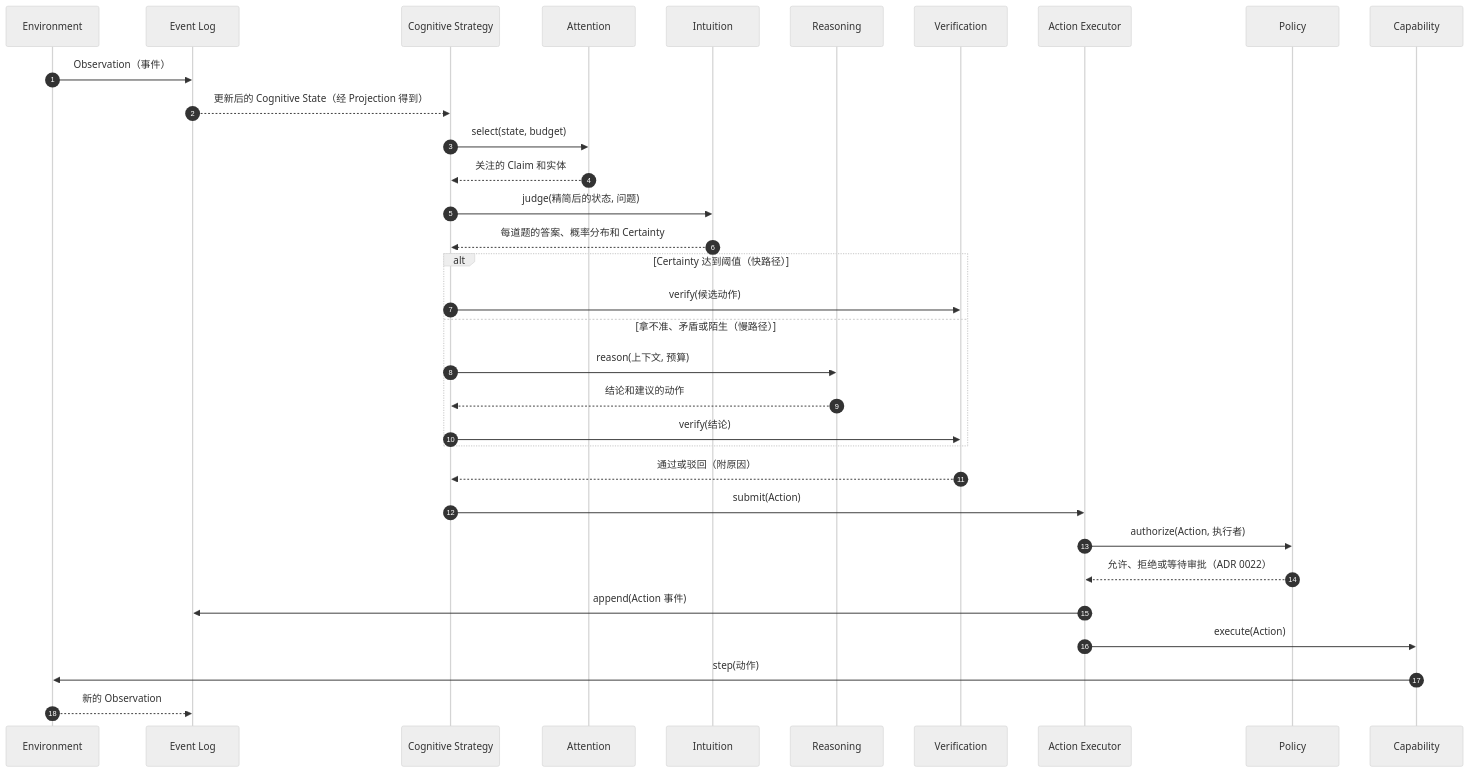
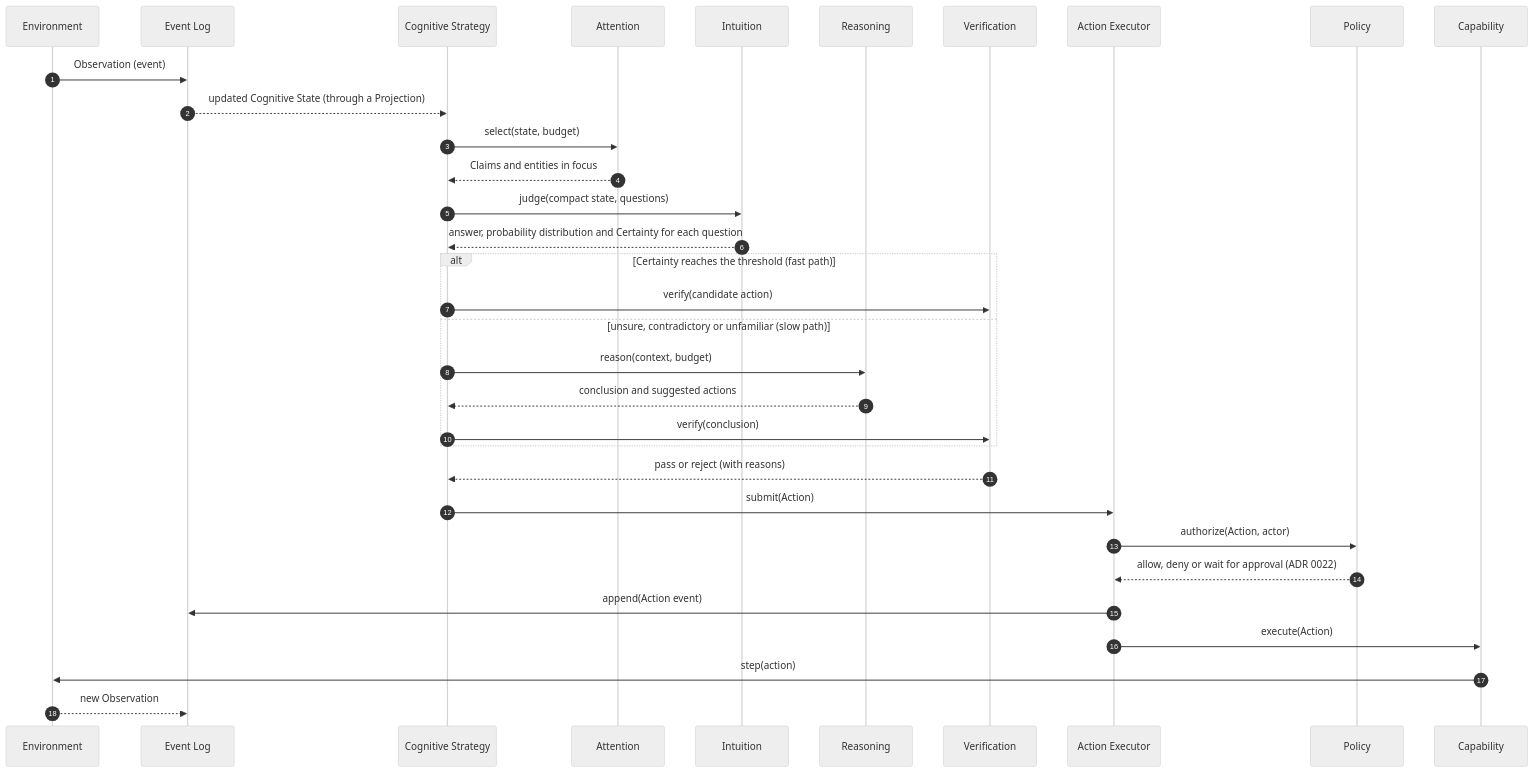
The fourth of 4 diagrams in factory/design/architecture/c4.md (ClydeShen/memex), drawn with Mermaid (neutral theme) before and after one commit. The commit also changed other lines of this file and 4 other files, not shown here.

````diff
--- a/factory/design/architecture/c4.md
+++ b/factory/design/architecture/c4.md
@@ -163,36 +163,36 @@
 ```mermaid
 sequenceDiagram
   autonumber
   participant Env as Environment
   participant Log as Event Log
   participant S as Cognitive Strategy
   participant A as Attention
   participant I as Intuition
   participant R as Reasoning
   participant V as Verification
   participant X as Action Executor
   participant P as Policy
   participant C as Capability
 
-  Env->>Log: Observation（事件）
-  Log-->>S: 更新后的 Cognitive State（经 Projection 得到）
+  Env->>Log: Observation (event)
+  Log-->>S: updated Cognitive State (through a Projection)
   S->>A: select(state, budget)
-  A-->>S: 关注的 Claim 和实体
-  S->>I: judge(精简后的状态, 问题)
-  I-->>S: 每道题的答案、概率分布和 Certainty
-  alt Certainty 达到阈值（快路径）
-    S->>V: verify(候选动作)
-  else 拿不准、矛盾或陌生（慢路径）
-    S->>R: reason(上下文, 预算)
-    R-->>S: 结论和建议的动作
-    S->>V: verify(结论)
+  A-->>S: Claims and entities in focus
+  S->>I: judge(compact state, questions)
+  I-->>S: answer, probability distribution and Certainty for each question
+  alt Certainty reaches the threshold (fast path)
+    S->>V: verify(candidate action)
+  else unsure, contradictory or unfamiliar (slow path)
+    S->>R: reason(context, budget)
+    R-->>S: conclusion and suggested actions
+    S->>V: verify(conclusion)
   end
-  V-->>S: 通过或驳回（附原因）
+  V-->>S: pass or reject (with reasons)
   S->>X: submit(Action)
-  X->>P: authorize(Action, 执行者)
-  P-->>X: 允许、拒绝或等待审批（ADR 0022）
-  X->>Log: append(Action 事件)
+  X->>P: authorize(Action, actor)
+  P-->>X: allow, deny or wait for approval (ADR 0022)
+  X->>Log: append(Action event)
   X->>C: execute(Action)
-  C->>Env: step(动作)
-  Env-->>Log: 新的 Observation
+  C->>Env: step(action)
+  Env-->>Log: new Observation
 ```
````
